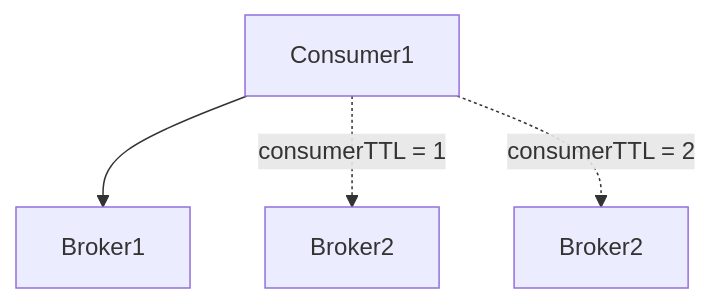
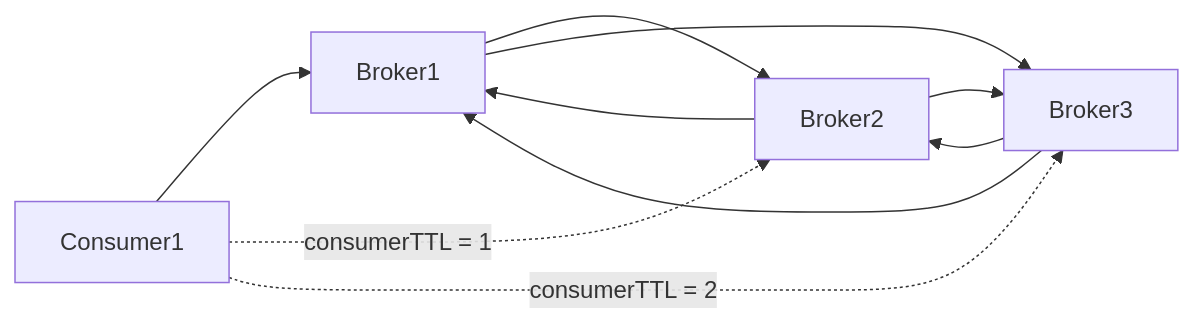
The diagram in mermaidjs/consumerttl.mmd (aws-samples/amazon-mq-workshop), drawn with Mermaid before and after one commit. The commit also changed other lines of this file and 7 other files, not shown here.

```diff
--- a/mermaidjs/consumerttl.mmd
+++ b/mermaidjs/consumerttl.mmd
@@ -1,5 +1,11 @@
-graph TD
+graph LR
+    B1[Broker1]-->B2[Broker2]
+    B2[Broker2]-->B1[Broker1]
+    B2[Broker2]-->B3[Broker3]
+    B3[Broker3]-->B2[Broker2]
+    B3[Broker3]-->B1[Broker1]
+    B1[Broker1]-->B3[Broker3]
     C1[Consumer1]
     C1-->B1[Broker1];
     C1-. consumerTTL = 1 .->B2[Broker2]
-    C1-. consumerTTL = 2 .->B3[Broker2]
+    C1-. consumerTTL = 2 .->B3[Broker3]
```
